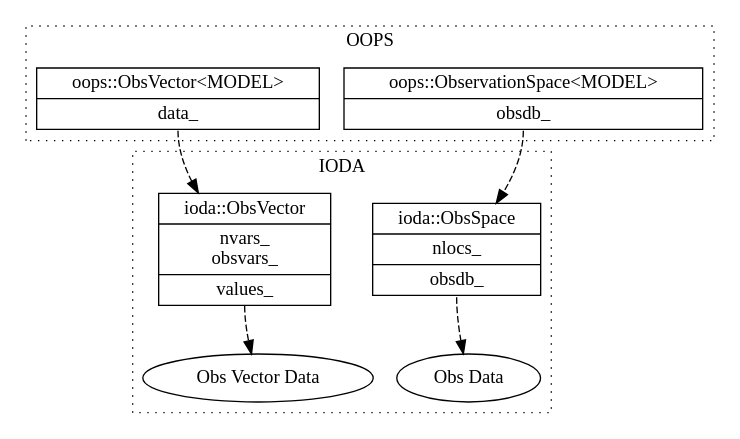
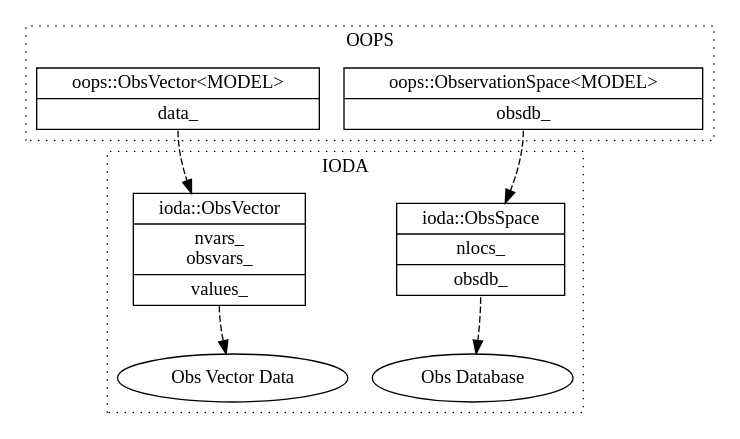
Before and after one commit to srherbener/my-diagrams: the diagram in IODA/class_structure2.gv, drawn with Graphviz.

Commit message:
Fixed typo - the corresponding OOPS class for IODA ObsSpace is called ObservationSpace.

```diff
--- a/IODA/class_structure2.gv
+++ b/IODA/class_structure2.gv
@@ -1,28 +1,28 @@
 digraph ClassStruct
   {
   subgraph cluster_OOPS {
   graph [ style=dotted ];
   label="OOPS";
 
   ObservationSpace [ shape=record, label="{oops::ObservationSpace\<MODEL\>|<odb1>obsdb_}" ];
 
   OopsObsVector [ shape=record, label="{oops::ObsVector\<MODEL\>|<ovec1>data_}" ];
   }
 
   subgraph cluster_IODA {
   graph [ style=dotted ];
   label="IODA";
 
   ObsSpace [ shape=record, label="{ioda::ObsSpace|nlocs_|<odb2>obsdb_}" ];
-  ObsSpaceDb [ shapre=ellipse, label="Obs Data" ];
+  ObsSpaceDb [ shapre=ellipse, label="Obs Database" ];
   ObsSpace:odb2 -> ObsSpaceDb [ style=dashed ];
 
   ObsVector [ shape=record, label="{ioda::ObsVector|nvars_\nobsvars_|<ovec2>values_}" ];
   ObsVectorValues [ shapre=ellipse, label="Obs Vector Data" ];
   ObsVector:ovec2 -> ObsVectorValues [ style=dashed ];
   }
 
   ObservationSpace:odb1 -> ObsSpace [ style=dashed ];
 
   OopsObsVector:ovec1 -> ObsVector [ style=dashed ];
   }
```
